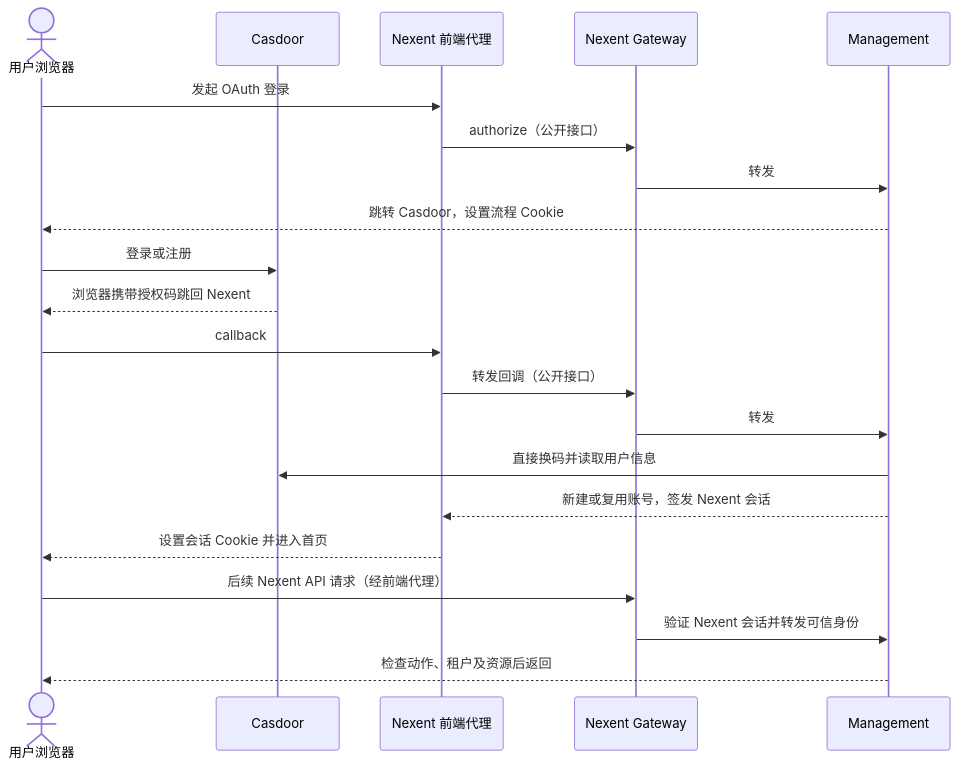
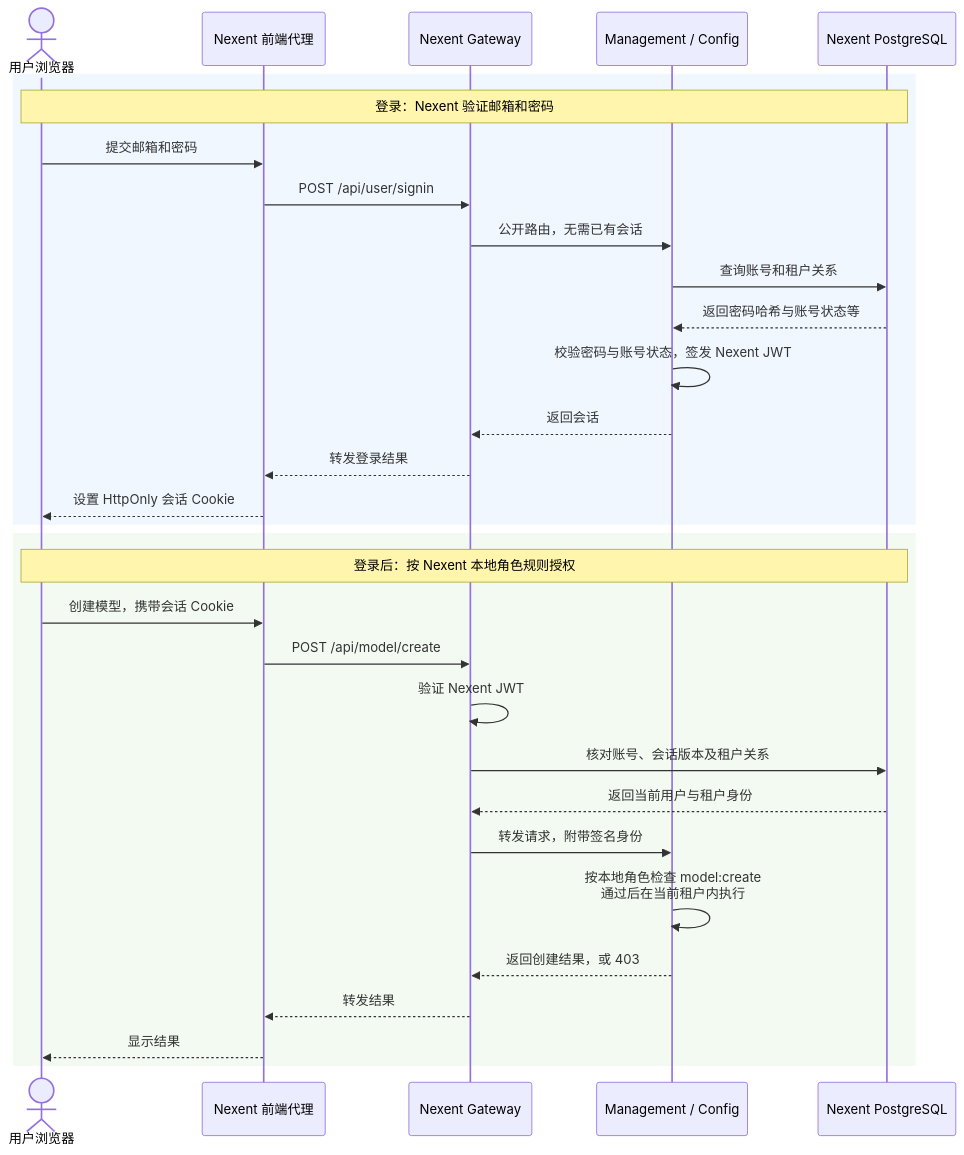
One commit to ModelEngine-Group/nexent changed the second of 6 diagrams in docs/casdoor-login.md. Above: the diagram before and after it, drawn with Mermaid. The commit also changed other lines of this file and 41 other files, not shown here.

````diff
--- a/docs/casdoor-login.md
+++ b/docs/casdoor-login.md
@@ -497,23 +503,35 @@
 ```mermaid
 sequenceDiagram
-    actor User as 用户浏览器
-    participant Door as Casdoor
-    participant Web as Nexent 前端代理
-    participant GW as Nexent Gateway
-    participant Config as Management
-    User->>Web: 发起 OAuth 登录
-    Web->>GW: authorize（公开接口）
-    GW->>Config: 转发
-    Config-->>User: 跳转 Casdoor，设置流程 Cookie
-    User->>Door: 登录或注册
-    Door-->>User: 浏览器携带授权码跳回 Nexent
-    User->>Web: callback
-    Web->>GW: 转发回调（公开接口）
-    GW->>Config: 转发
-    Config->>Door: 直接换码并读取用户信息
-    Config-->>Web: 新建或复用账号，签发 Nexent 会话
-    Web-->>User: 设置会话 Cookie 并进入首页
-    User->>GW: 后续 Nexent API 请求（经前端代理）
-    GW->>Config: 验证 Nexent 会话并转发可信身份
-    Config-->>User: 检查动作、租户及资源后返回
+    actor U as 用户浏览器
+    participant W as Nexent 前端代理
+    participant G as Nexent Gateway
+    participant M as Management / Config
+    participant DB as Nexent PostgreSQL
+
+    rect rgb(240, 247, 255)
+        Note over U,DB: 登录：Nexent 验证邮箱和密码
+        U->>W: 提交邮箱和密码
+        W->>G: POST /api/user/signin
+        G->>M: 公开路由，无需已有会话
+        M->>DB: 查询账号和租户关系
+        DB-->>M: 返回密码哈希与账号状态等
+        M->>M: 校验密码与账号状态，签发 Nexent JWT
+        M-->>G: 返回会话
+        G-->>W: 转发登录结果
+        W-->>U: 设置 HttpOnly 会话 Cookie
+    end
+
+    rect rgb(242, 250, 242)
+        Note over U,DB: 登录后：按 Nexent 本地角色规则授权
+        U->>W: 创建模型，携带会话 Cookie
+        W->>G: POST /api/model/create
+        G->>G: 验证 Nexent JWT
+        G->>DB: 核对账号、会话版本及租户关系
+        DB-->>G: 返回当前用户与租户身份
+        G->>M: 转发请求，附带签名身份
+        M->>M: 按本地角色检查 model:create<br/>通过后在当前租户内执行
+        M-->>G: 返回创建结果，或 403
+        G-->>W: 转发结果
+        W-->>U: 显示结果
+    end
 ```
````
